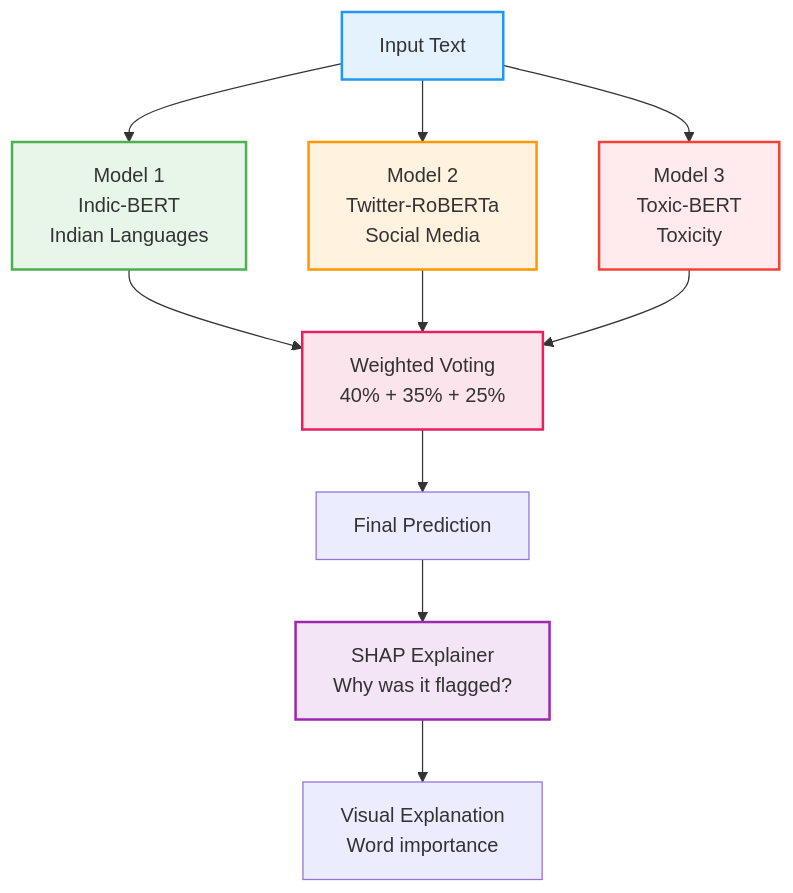
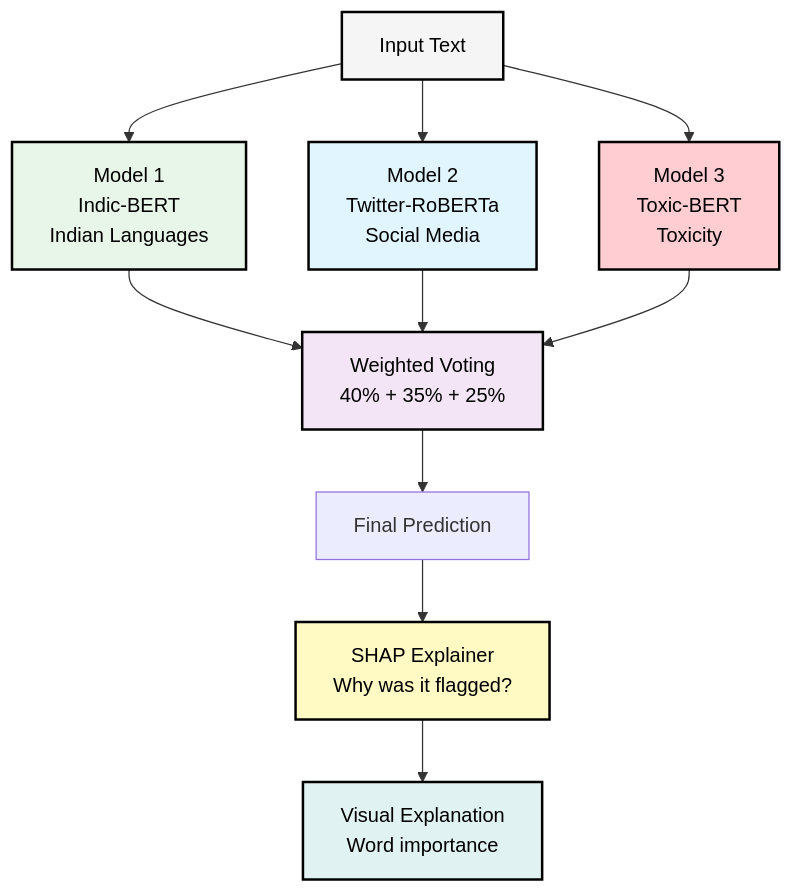
One commit to AbhishekGiri04/SATYA-DRISHTI changed the fourth of 7 diagrams in docs/round2/ROUND2_IMPROVEMENTS.md. Above: the diagram before and after it, drawn with Mermaid. The commit also changed other lines of this file and 1 other file, not shown here.

````diff
--- a/docs/round2/ROUND2_IMPROVEMENTS.md
+++ b/docs/round2/ROUND2_IMPROVEMENTS.md
@@ -423,22 +432,23 @@
 ```mermaid
 graph TD
     A[Input Text] --> B[Model 1<br/>Indic-BERT<br/>Indian Languages]
     A --> C[Model 2<br/>Twitter-RoBERTa<br/>Social Media]
     A --> D[Model 3<br/>Toxic-BERT<br/>Toxicity]
     
     B --> E[Weighted Voting<br/>40% + 35% + 25%]
     C --> E
     D --> E
     
     E --> F[Final Prediction]
     F --> G[SHAP Explainer<br/>Why was it flagged?]
     
     G --> H[Visual Explanation<br/>Word importance]
     
-    style A fill:#E3F2FD,stroke:#2196F3,stroke-width:2px
-    style B fill:#E8F5E9,stroke:#4CAF50,stroke-width:2px
-    style C fill:#FFF3E0,stroke:#FF9800,stroke-width:2px
-    style D fill:#FFEBEE,stroke:#F44336,stroke-width:2px
-    style E fill:#FCE4EC,stroke:#E91E63,stroke-width:2px
-    style G fill:#F3E5F5,stroke:#9C27B0,stroke-width:2px
+    style A fill:#F5F5F5,stroke:#000,stroke-width:2px,color:#000
+    style B fill:#E8F5E9,stroke:#000,stroke-width:2px,color:#000
+    style C fill:#E1F5FE,stroke:#000,stroke-width:2px,color:#000
+    style D fill:#FFCDD2,stroke:#000,stroke-width:2px,color:#000
+    style E fill:#F3E5F5,stroke:#000,stroke-width:2px,color:#000
+    style G fill:#FFF9C4,stroke:#000,stroke-width:2px,color:#000
+    style H fill:#E0F2F1,stroke:#000,stroke-width:2px,color:#000
 ```
````
